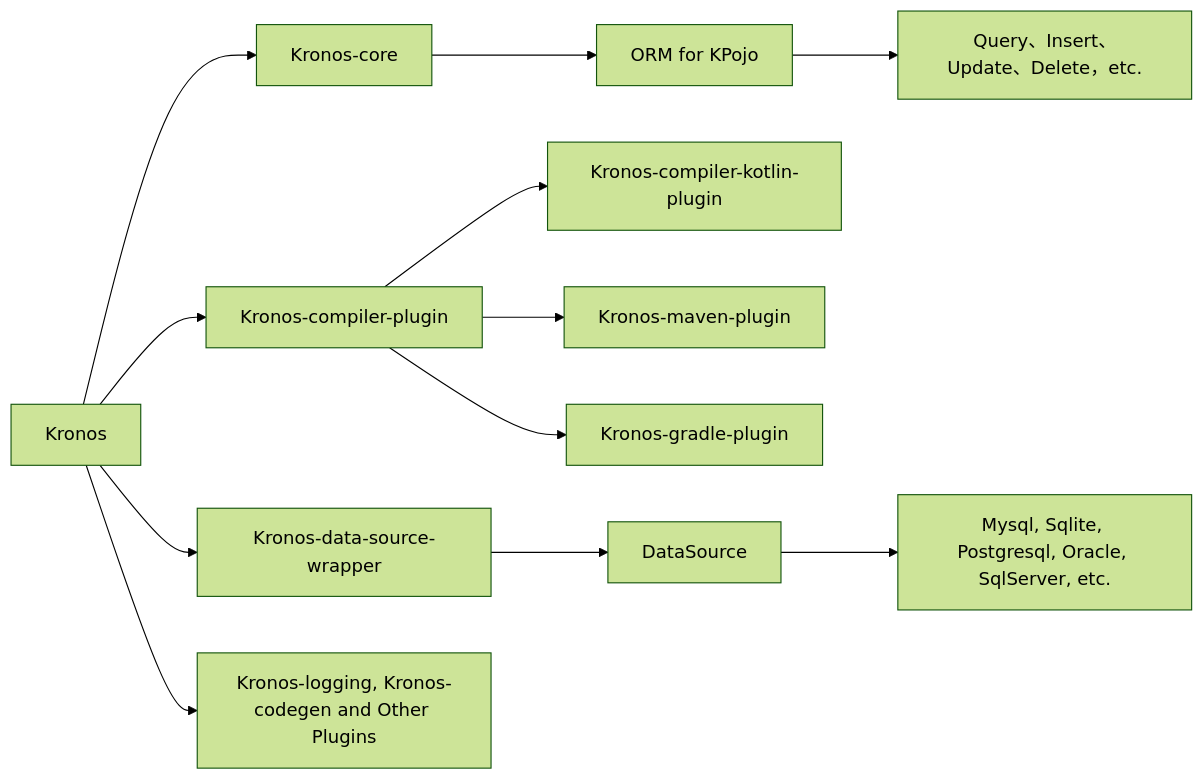
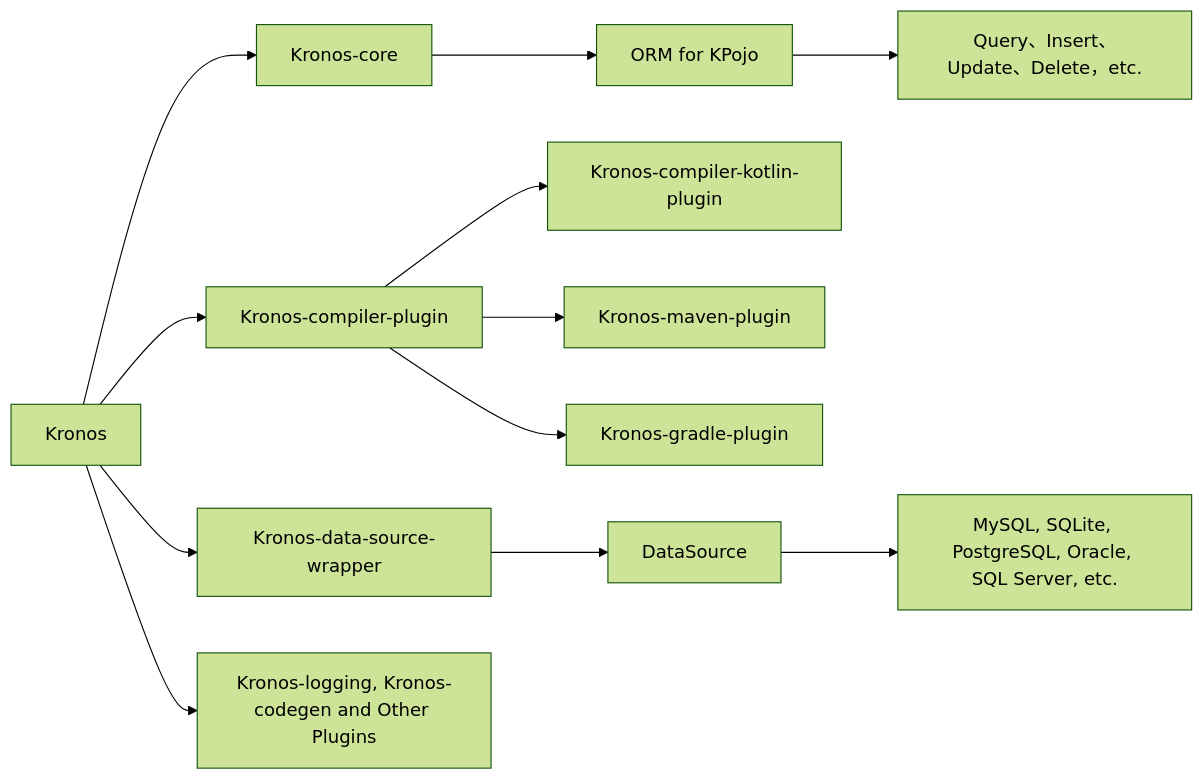
Before and after one commit to Kronos-orm/Kronos-orm: the diagram in kronos-docs/src/app/docs/en/1.getting-started/1.introduce/index.md, drawn with Mermaid (forest theme). The commit also changed other lines of this file and 568 other files, not shown here.

````diff
--- a/kronos-docs/src/app/docs/en/1.getting-started/1.introduce/index.md
+++ b/kronos-docs/src/app/docs/en/1.getting-started/1.introduce/index.md
@@ -11,14 +15,14 @@
 ```mermaid
 graph LR
     A[Kronos] --> B[Kronos-core]
     B --> I[ORM for KPojo]
     I --> J[Query、Insert、Update、Delete，etc.]
     A --> C[Kronos-compiler-plugin]
     C --> L[Kronos-compiler-kotlin-plugin]
     C --> D[Kronos-maven-plugin]
     C --> E[Kronos-gradle-plugin]
     A --> F[Kronos-data-source-wrapper]
     F --> G[DataSource]
-    G --> H[Mysql, Sqlite, Postgresql, Oracle, SqlServer, etc.]
+    G --> H[MySQL, SQLite, PostgreSQL, Oracle, SQL Server, etc.]
     A --> K[Kronos-logging, Kronos-codegen and Other Plugins]
 ```
````
